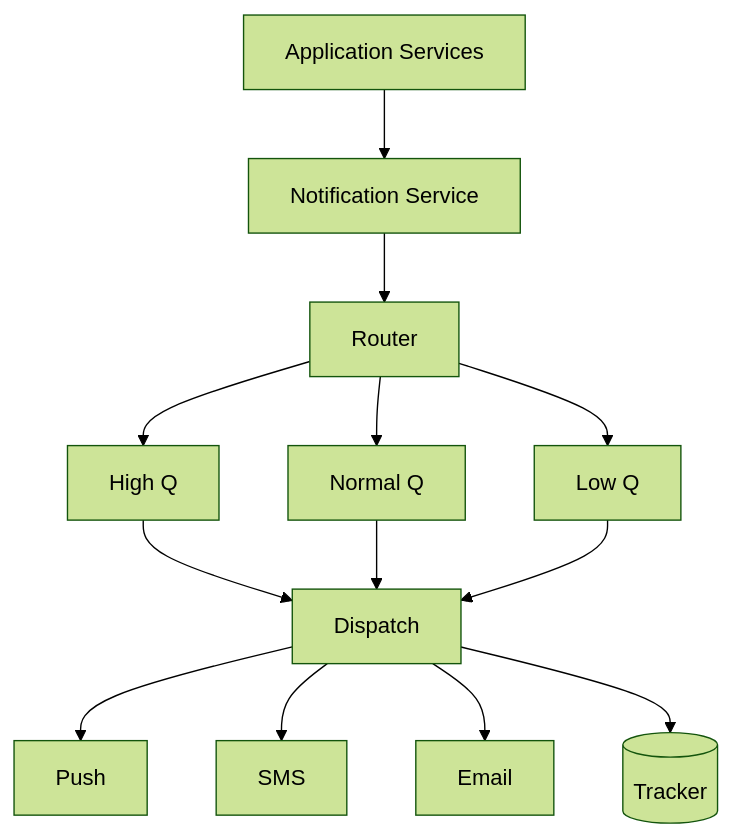
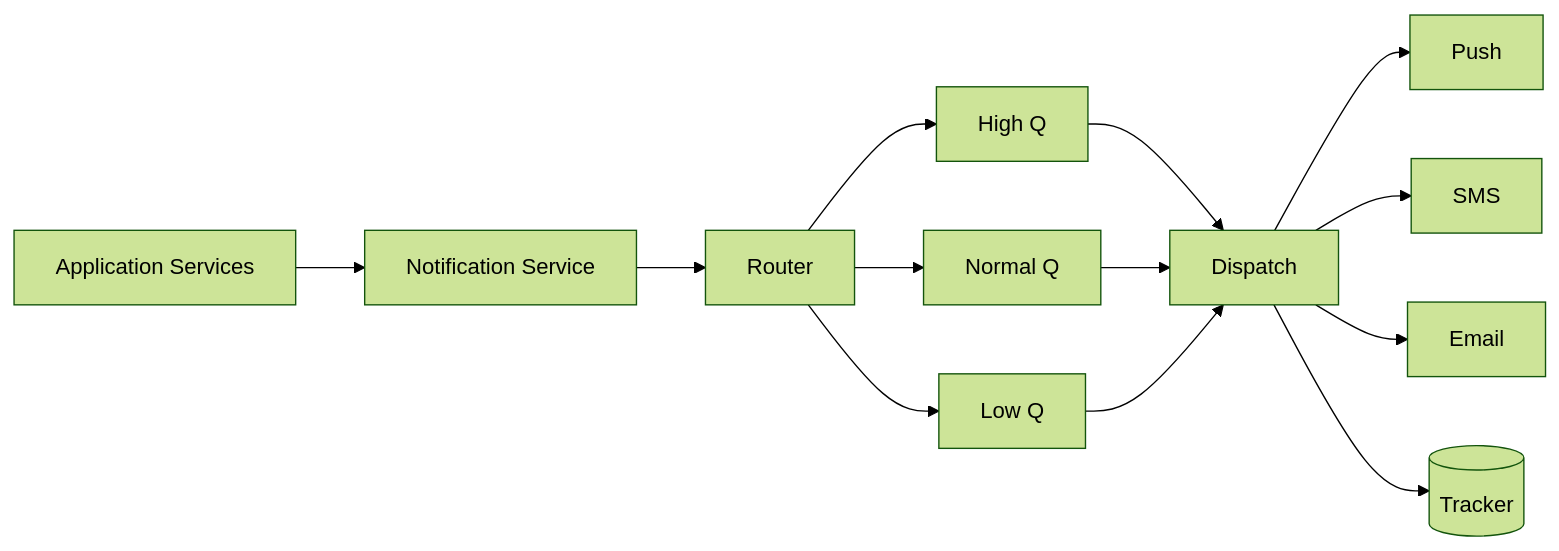
Before and after one commit to huangsam/systology: the diagram in site/content/designs/notification-system.md, drawn with Mermaid (forest theme). The commit also changed other lines of this file and 1 other file, not shown here.

Commit message:
Update content for two design pages

```diff
--- a/site/content/designs/notification-system.md
+++ b/site/content/designs/notification-system.md
@@ -35,15 +35,15 @@
 {{< mermaid >}}
-graph TD
+graph LR
     A[Application Services] --> B[Notification Service]
     B --> Router
     Router --> HQ[High Q]
     Router --> NQ[Normal Q]
     Router --> LQ[Low Q]
     HQ --> Dispatch
     NQ --> Dispatch
     LQ --> Dispatch
     Dispatch --> Push
     Dispatch --> SMS
     Dispatch --> Email
     Dispatch --> Tracker[(Tracker)]
 {{< /mermaid >}}
```
